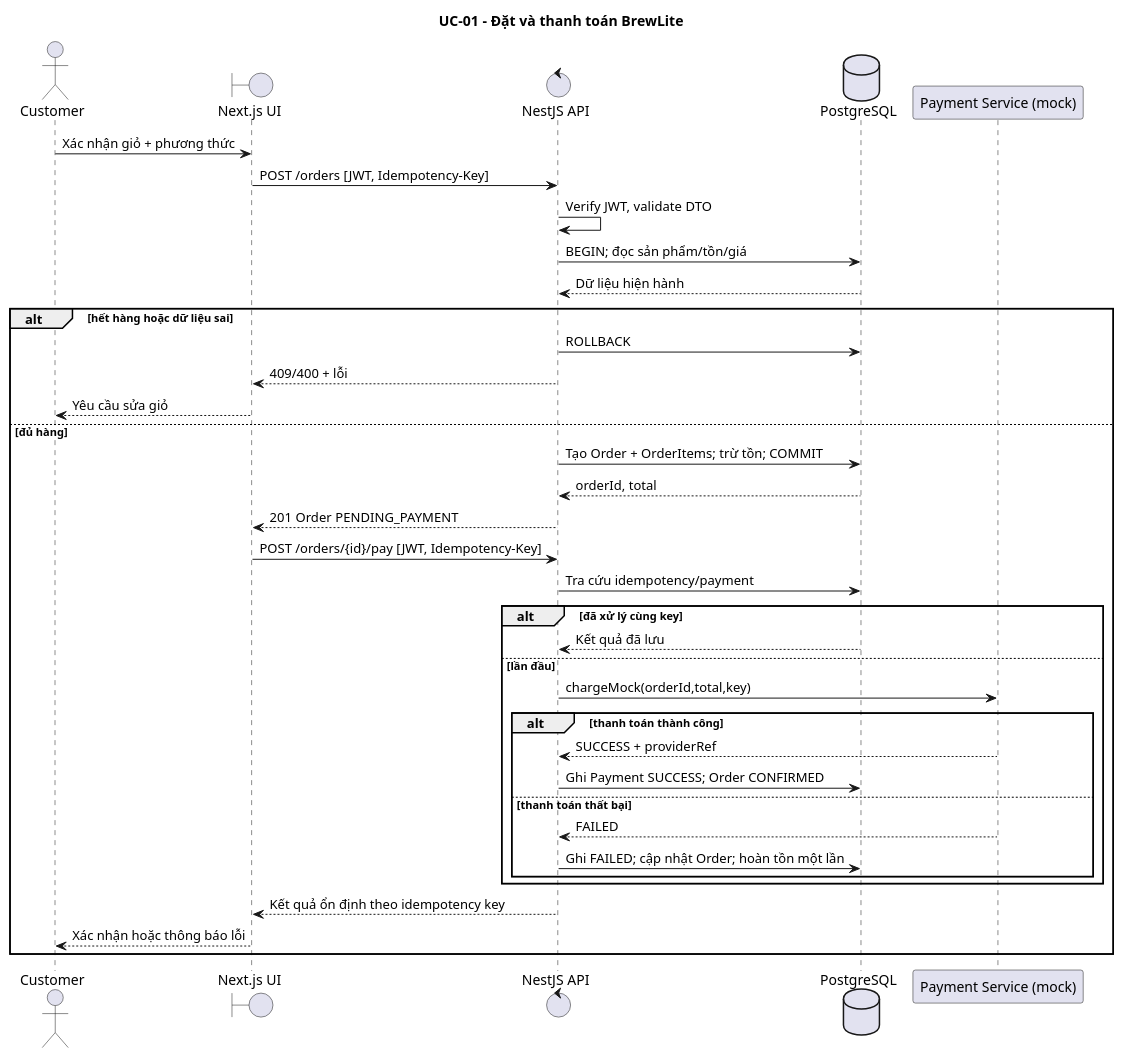
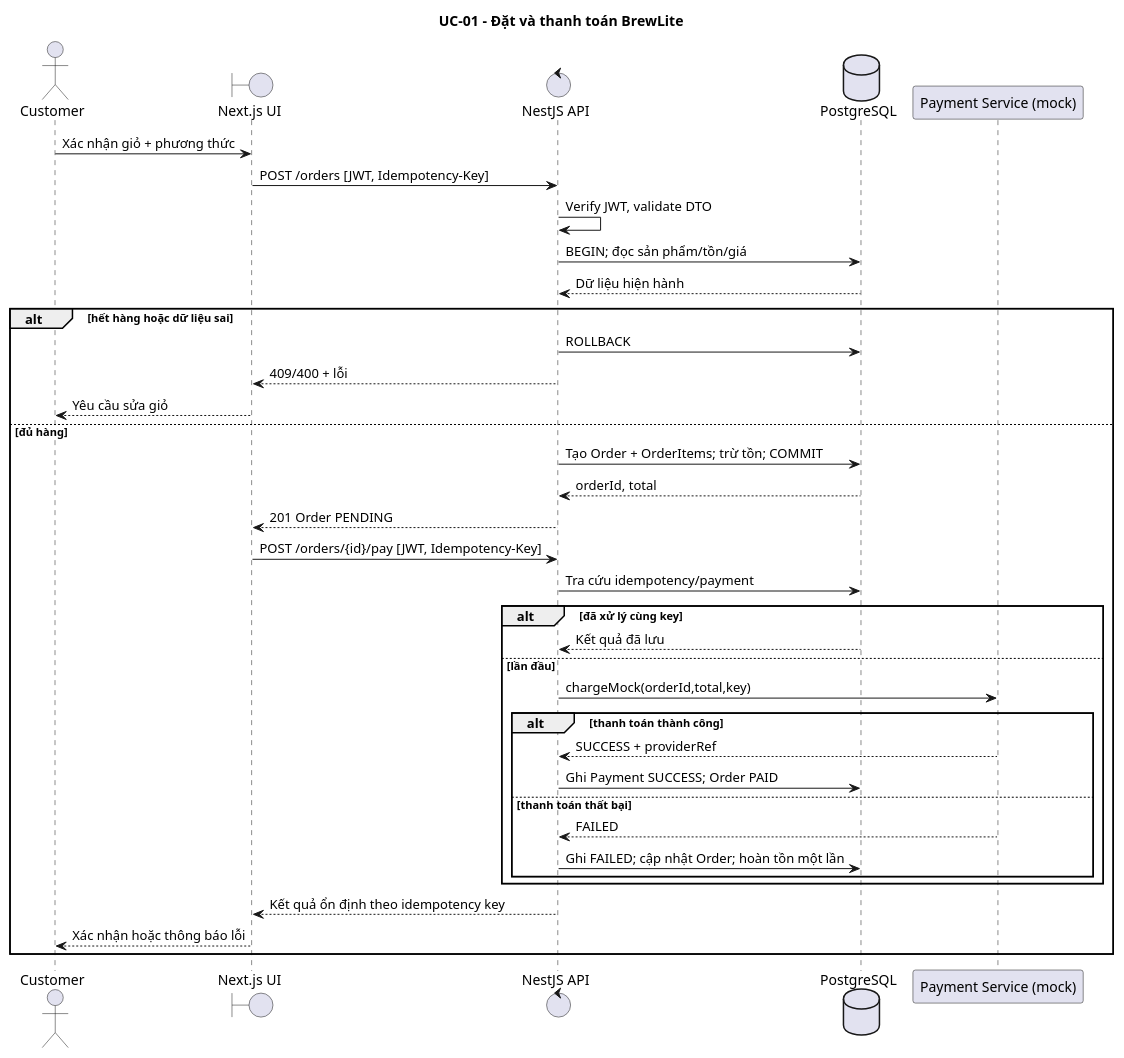
One commit to hct7/CNPM-Assignment2 changed the diagram in docs/diagrams/sequence-checkout.puml. Above: the diagram before and after it, drawn with PlantUML. The commit also changed 15 other files, not shown here.

Commit message:
feat: implement order lifecycle and payment retry

```diff
--- a/docs/diagrams/sequence-checkout.puml
+++ b/docs/diagrams/sequence-checkout.puml
@@ -1,38 +1,38 @@
 @startuml
 title UC-01 - Đặt và thanh toán BrewLite
 actor Customer
 boundary "Next.js UI" as UI
 control "NestJS API" as API
 database PostgreSQL as DB
 participant "Payment Service (mock)" as Pay
 Customer -> UI: Xác nhận giỏ + phương thức
 UI -> API: POST /orders [JWT, Idempotency-Key]
 API -> API: Verify JWT, validate DTO
 API -> DB: BEGIN; đọc sản phẩm/tồn/giá
 DB --> API: Dữ liệu hiện hành
 alt hết hàng hoặc dữ liệu sai
  API -> DB: ROLLBACK
  API --> UI: 409/400 + lỗi
  UI --> Customer: Yêu cầu sửa giỏ
 else đủ hàng
  API -> DB: Tạo Order + OrderItems; trừ tồn; COMMIT
  DB --> API: orderId, total
- API --> UI: 201 Order PENDING_PAYMENT
+ API --> UI: 201 Order PENDING
  UI -> API: POST /orders/{id}/pay [JWT, Idempotency-Key]
  API -> DB: Tra cứu idempotency/payment
  alt đã xử lý cùng key
   DB --> API: Kết quả đã lưu
  else lần đầu
   API -> Pay: chargeMock(orderId,total,key)
   alt thanh toán thành công
    Pay --> API: SUCCESS + providerRef
-   API -> DB: Ghi Payment SUCCESS; Order CONFIRMED
+   API -> DB: Ghi Payment SUCCESS; Order PAID
   else thanh toán thất bại
    Pay --> API: FAILED
    API -> DB: Ghi FAILED; cập nhật Order; hoàn tồn một lần
   end
  end
  API --> UI: Kết quả ổn định theo idempotency key
  UI --> Customer: Xác nhận hoặc thông báo lỗi
 end
 @enduml
```
